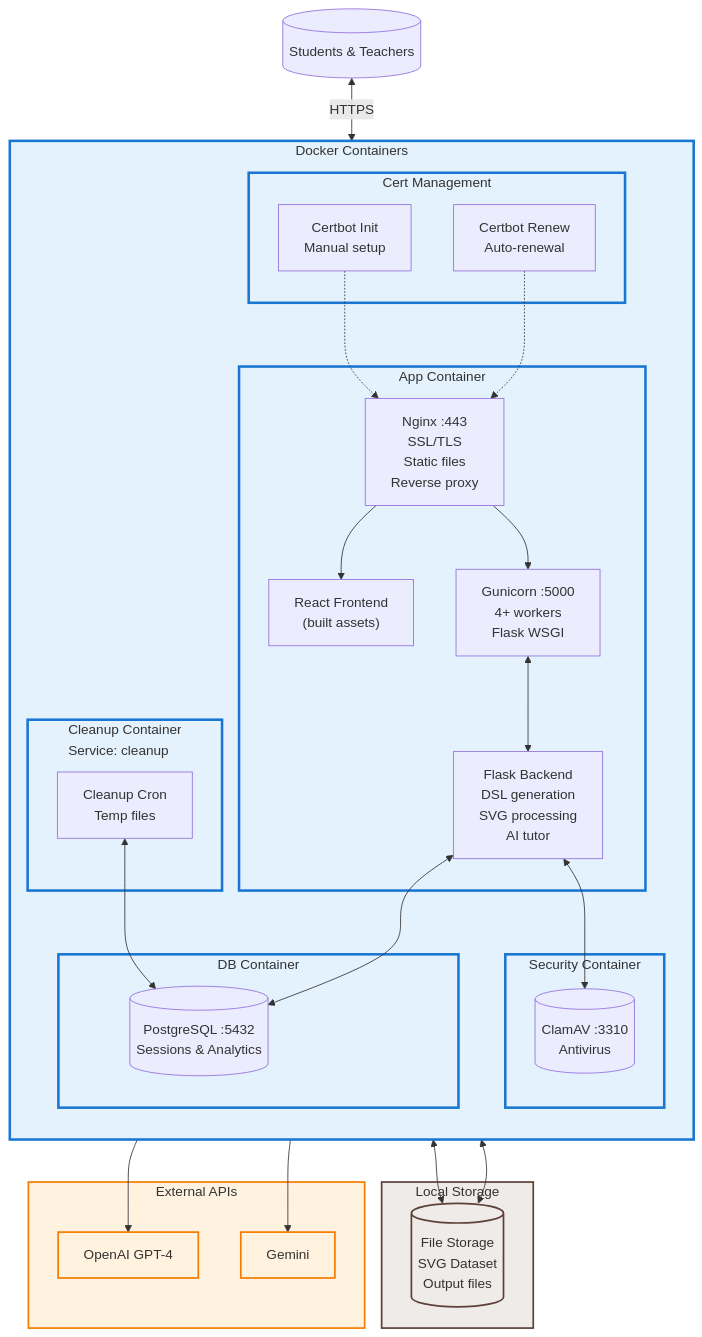
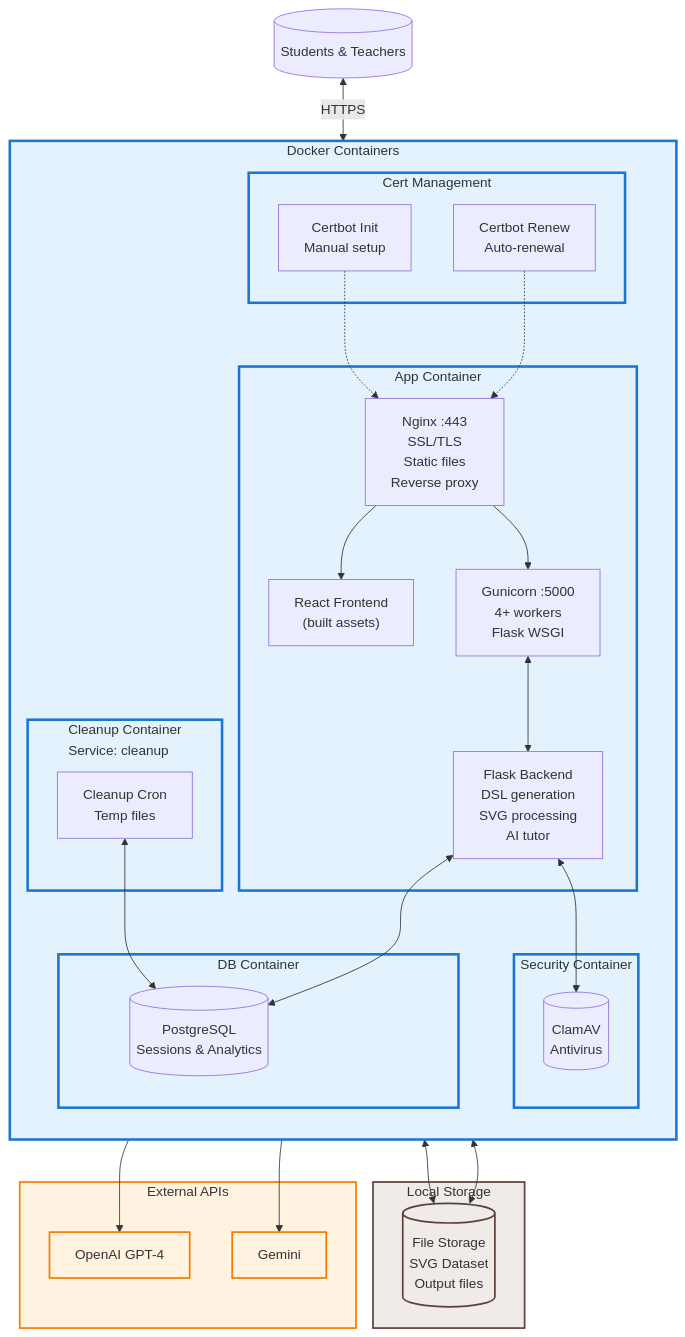
The second of 2 diagrams in README.md (7i6ht/math2visual), drawn with Mermaid before and after one commit. The commit also changed other lines of this file, not shown here.

````diff
--- a/README.md
+++ b/README.md
@@ -149,73 +149,73 @@
 ```mermaid
 flowchart TB
     %% User Layer
     User[("Students & Teachers")]
 
     subgraph Storage["Local Storage"]
         FileStorage[("File Storage<br/>SVG Dataset<br/>Output files")]
     end
 
     %% Docker Container Services
     subgraph Containers["Docker Containers"]
         direction TB
 
         subgraph App["App Container"]
             Nginx["Nginx :443<br/>SSL/TLS<br/>Static files<br/>Reverse proxy"]
             Gunicorn["Gunicorn :5000<br/>4+ workers<br/>Flask WSGI"]
             Flask["Flask Backend<br/>DSL generation<br/>SVG processing<br/>AI tutor"]
             Static["React Frontend<br/>(built assets)"]
         end
 
         subgraph Database["DB Container"]
-            Postgres[("PostgreSQL :5432<br/>Sessions & Analytics")]
+            Postgres[("PostgreSQL<br/>Sessions & Analytics")]
         end
 
         subgraph Security["Security Container"]
-            ClamAV[("ClamAV :3310<br/>Antivirus")]
+            ClamAV[("ClamAV<br/>Antivirus")]
         end
 
         subgraph Certs["Cert Management"]
             CertbotInit["Certbot Init<br/>Manual setup"]
             CertbotRenew["Certbot Renew<br/>Auto-renewal"]
         end
 
         subgraph Cleanup["Cleanup Container<br/>Service: cleanup"]
             CleanupSvc["Cleanup Cron<br/>Temp files"]
         end
     end
 
     %% External Services
     subgraph External["External APIs"]
         OpenAI["OpenAI GPT-4"]
         Gemini["Gemini"]
     end
 
 
 
     %% Connections
     User <-->|HTTPS| Nginx
     Nginx --> Static
     Nginx --> Gunicorn
     Gunicorn <--> Flask
 
     Flask <--> Postgres
     Flask <--> ClamAV
     Flask --> OpenAI
     Flask --> Gemini
 
     Flask <--> FileStorage
     CleanupSvc <--> FileStorage
     CleanupSvc <--> Postgres
 
     CertbotInit -.-> Nginx
     CertbotRenew -.-> Nginx
 
     %% Styling
     classDef container fill:#E3F2FD,stroke:#1976D2,stroke-width:3px
     classDef external fill:#FFF3E0,stroke:#F57C00,stroke-width:2px
     classDef storage fill:#EFEBE9,stroke:#5D4037,stroke-width:2px
 
     class Containers,App,Database,Security,Certs,Cleanup container
     class External,OpenAI,Gemini external
     class Storage,FileStorage storage
 ```
````
